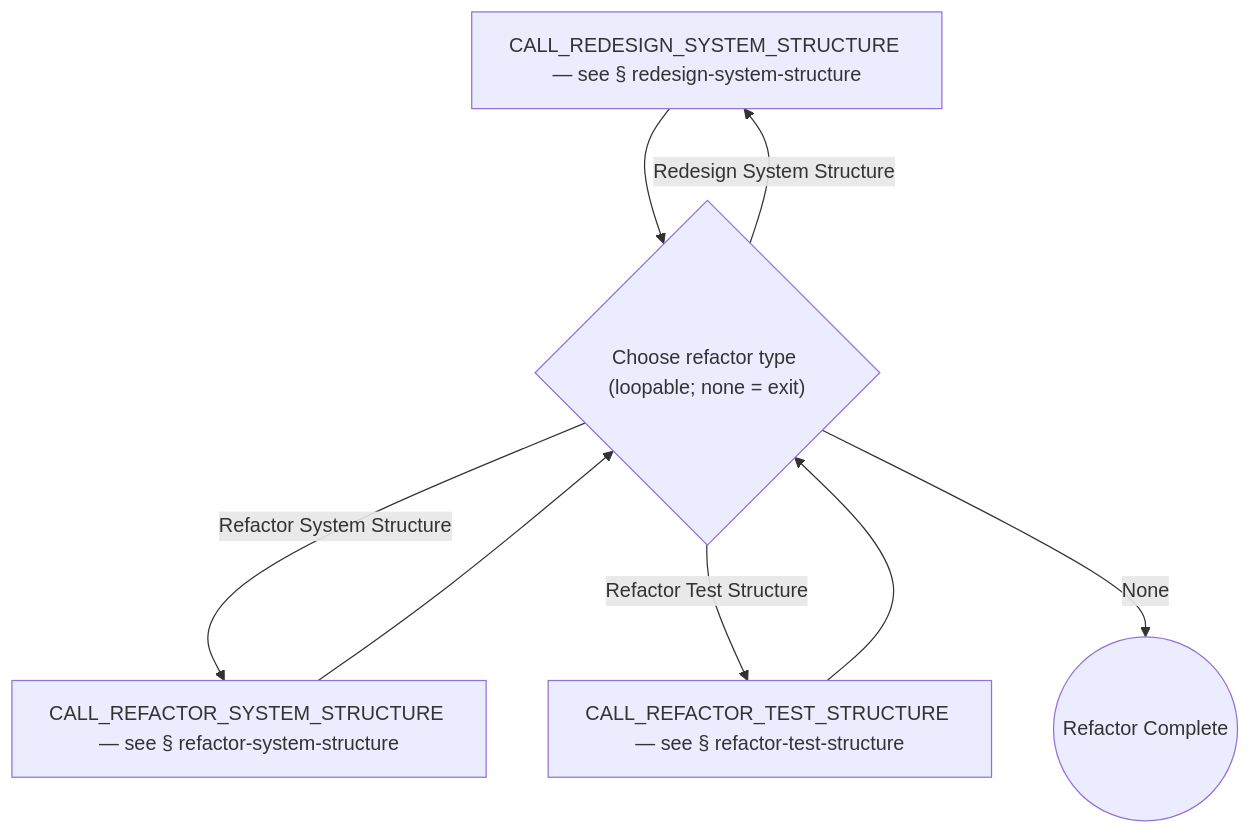
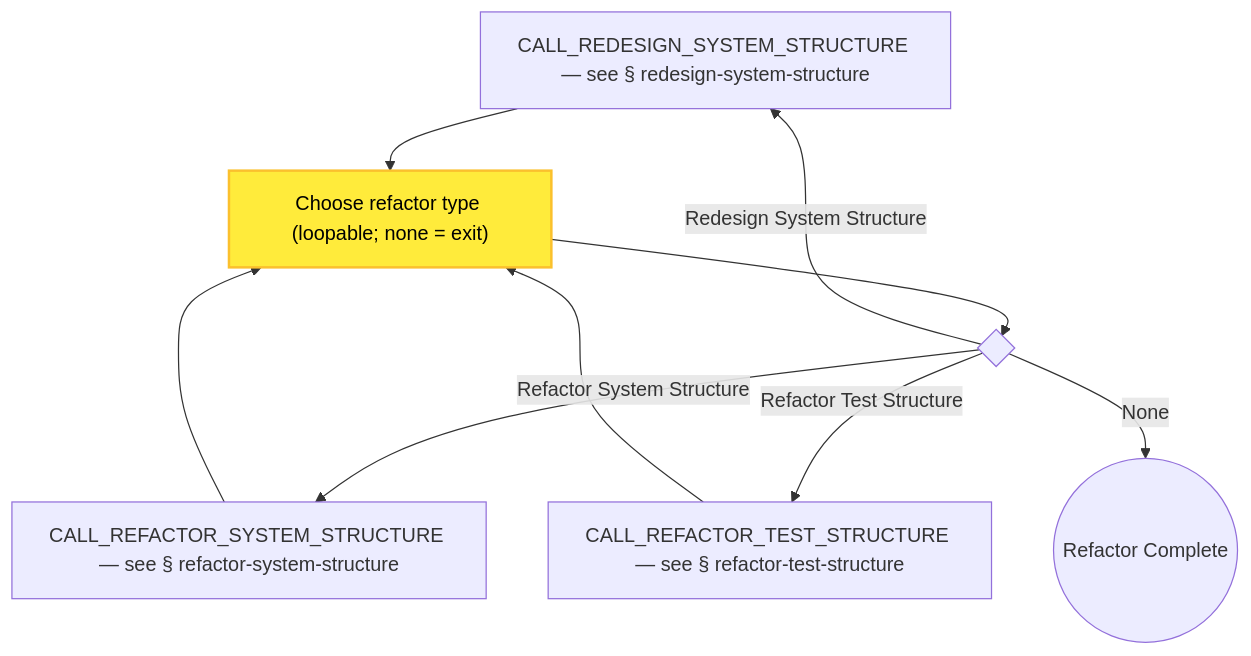
One commit to optivem/gh-optivem changed the fifth of 50 diagrams in docs/process-diagram.md. Above: the diagram before and after it, drawn with Mermaid. The commit also changed 3 other files, not shown here.

First line of the commit message:
atdd/runtime: split refactor gateway into CHOOSE_REFACTOR_TYPE + silent gateway (Item 13)

````diff
--- a/docs/process-diagram.md
+++ b/docs/process-diagram.md
@@ -137,16 +137,21 @@
 ```mermaid
 flowchart TD
     CALL_REDESIGN_SYSTEM_STRUCTURE[CALL_REDESIGN_SYSTEM_STRUCTURE — see § redesign-system-structure]
     CALL_REFACTOR_SYSTEM_STRUCTURE[CALL_REFACTOR_SYSTEM_STRUCTURE — see § refactor-system-structure]
     CALL_REFACTOR_TEST_STRUCTURE[CALL_REFACTOR_TEST_STRUCTURE — see § refactor-test-structure]
-    GATE_REFACTOR_TYPE_CHOICE{"Choose refactor type (loopable; none = exit)"}
+    CHOOSE_REFACTOR_TYPE["Choose refactor type (loopable; none = exit)"]
+    GATE_REFACTOR_TYPE_CHOICE{ }
     REFACTOR_TOP_END((Refactor Complete))
 
+    CHOOSE_REFACTOR_TYPE --> GATE_REFACTOR_TYPE_CHOICE
     GATE_REFACTOR_TYPE_CHOICE -- Refactor System Structure --> CALL_REFACTOR_SYSTEM_STRUCTURE
     GATE_REFACTOR_TYPE_CHOICE -- Refactor Test Structure --> CALL_REFACTOR_TEST_STRUCTURE
     GATE_REFACTOR_TYPE_CHOICE -- Redesign System Structure --> CALL_REDESIGN_SYSTEM_STRUCTURE
     GATE_REFACTOR_TYPE_CHOICE -- None --> REFACTOR_TOP_END
-    CALL_REFACTOR_SYSTEM_STRUCTURE --> GATE_REFACTOR_TYPE_CHOICE
-    CALL_REFACTOR_TEST_STRUCTURE --> GATE_REFACTOR_TYPE_CHOICE
-    CALL_REDESIGN_SYSTEM_STRUCTURE --> GATE_REFACTOR_TYPE_CHOICE
+    CALL_REFACTOR_SYSTEM_STRUCTURE --> CHOOSE_REFACTOR_TYPE
+    CALL_REFACTOR_TEST_STRUCTURE --> CHOOSE_REFACTOR_TYPE
+    CALL_REDESIGN_SYSTEM_STRUCTURE --> CHOOSE_REFACTOR_TYPE
+
+    classDef humanNode fill:#ffeb3b,stroke:#fbc02d,stroke-width:2px,color:#000000
+    class CHOOSE_REFACTOR_TYPE humanNode
 ```
````
